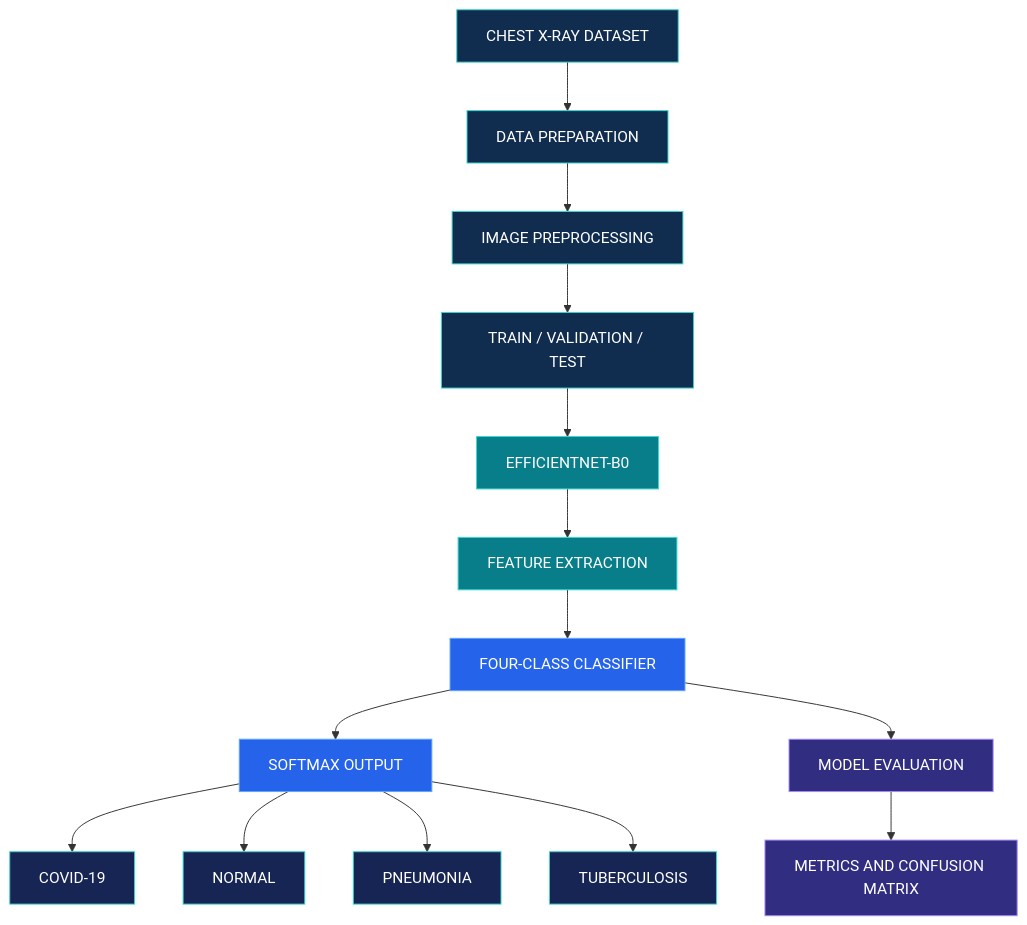
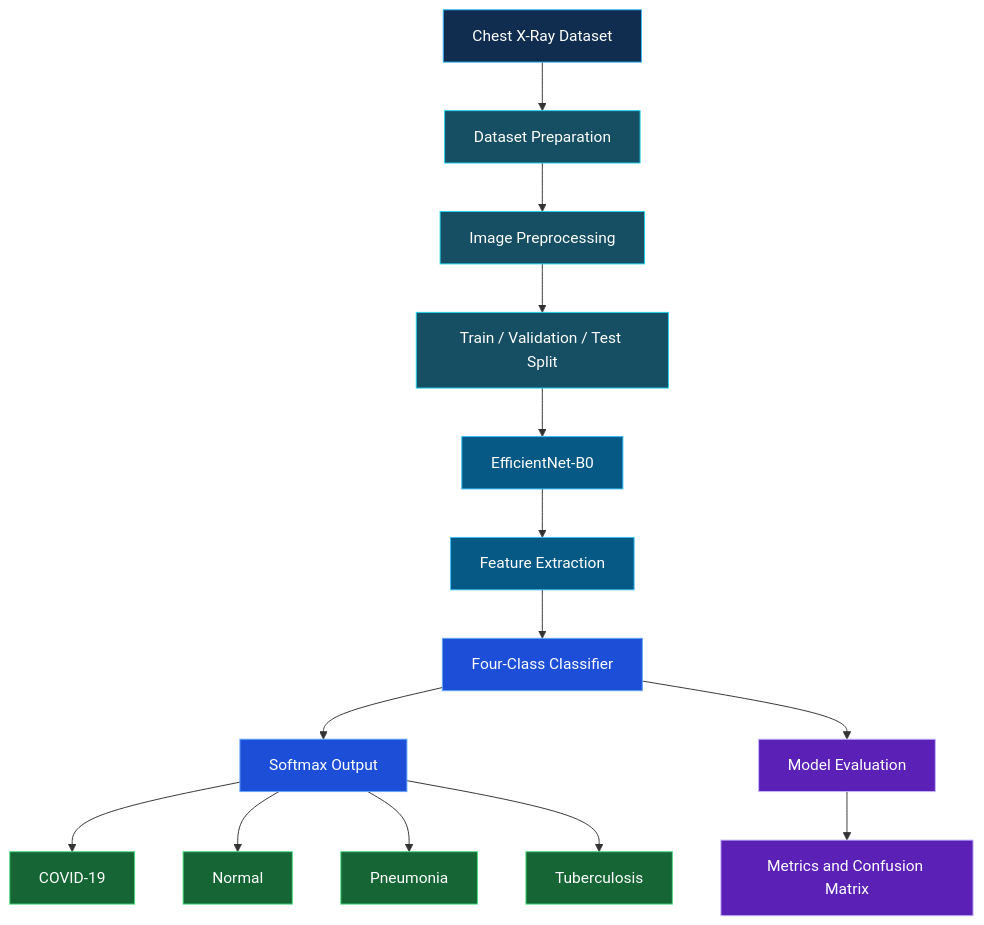
Before and after one commit to Shashikala-11/pneumonet: the diagram in README.md, drawn with Mermaid. The commit also changed other lines of this file, not shown here.

````diff
--- a/README.md
+++ b/README.md
@@ -81,34 +81,33 @@
 ```mermaid
-flowchart TB
-    A["CHEST X-RAY DATASET"] --> B["DATA PREPARATION"]
-    B --> C["IMAGE PREPROCESSING"]
-    C --> D["TRAIN / VALIDATION / TEST"]
-
-    D --> E["EFFICIENTNET-B0"]
-    E --> F["FEATURE EXTRACTION"]
-    F --> G["FOUR-CLASS CLASSIFIER"]
-    G --> H["SOFTMAX OUTPUT"]
+flowchart TD
+    A["Chest X-Ray Dataset"] --> B["Dataset Preparation"]
+    B --> C["Image Preprocessing"]
+    C --> D["Train / Validation / Test Split"]
+    D --> E["EfficientNet-B0"]
+    E --> F["Feature Extraction"]
+    F --> G["Four-Class Classifier"]
+    G --> H["Softmax Output"]
 
     H --> I["COVID-19"]
-    H --> J["NORMAL"]
-    H --> K["PNEUMONIA"]
-    H --> L["TUBERCULOSIS"]
+    H --> J["Normal"]
+    H --> K["Pneumonia"]
+    H --> L["Tuberculosis"]
 
-    G --> M["MODEL EVALUATION"]
-    M --> N["METRICS AND CONFUSION MATRIX"]
+    G --> M["Model Evaluation"]
+    M --> N["Metrics and Confusion Matrix"]
 
-    style A fill:#102D50,color:#FFFFFF,stroke:#38D6D0
-    style B fill:#102D50,color:#FFFFFF,stroke:#38D6D0
-    style C fill:#102D50,color:#FFFFFF,stroke:#38D6D0
-    style D fill:#102D50,color:#FFFFFF,stroke:#38D6D0
-    style E fill:#087E8B,color:#FFFFFF,stroke:#38D6D0
-    style F fill:#087E8B,color:#FFFFFF,stroke:#38D6D0
-    style G fill:#2563EB,color:#FFFFFF,stroke:#60A5FA
-    style H fill:#2563EB,color:#FFFFFF,stroke:#60A5FA
-    style I fill:#172554,color:#FFFFFF,stroke:#38D6D0
-    style J fill:#172554,color:#FFFFFF,stroke:#38D6D0
-    style K fill:#172554,color:#FFFFFF,stroke:#38D6D0
-    style L fill:#172554,color:#FFFFFF,stroke:#38D6D0
-    style M fill:#312E81,color:#FFFFFF,stroke:#A78BFA
-    style N fill:#312E81,color:#FFFFFF,stroke:#A78BFA
+    style A fill:#102D50,color:#fff,stroke:#38BDF8
+    style B fill:#164E63,color:#fff,stroke:#22D3EE
+    style C fill:#164E63,color:#fff,stroke:#22D3EE
+    style D fill:#164E63,color:#fff,stroke:#22D3EE
+    style E fill:#075985,color:#fff,stroke:#38BDF8
+    style F fill:#075985,color:#fff,stroke:#38BDF8
+    style G fill:#1D4ED8,color:#fff,stroke:#60A5FA
+    style H fill:#1D4ED8,color:#fff,stroke:#60A5FA
+    style I fill:#166534,color:#fff,stroke:#4ADE80
+    style J fill:#166534,color:#fff,stroke:#4ADE80
+    style K fill:#166534,color:#fff,stroke:#4ADE80
+    style L fill:#166534,color:#fff,stroke:#4ADE80
+    style M fill:#5B21B6,color:#fff,stroke:#C4B5FD
+    style N fill:#5B21B6,color:#fff,stroke:#C4B5FD
 ```
````
